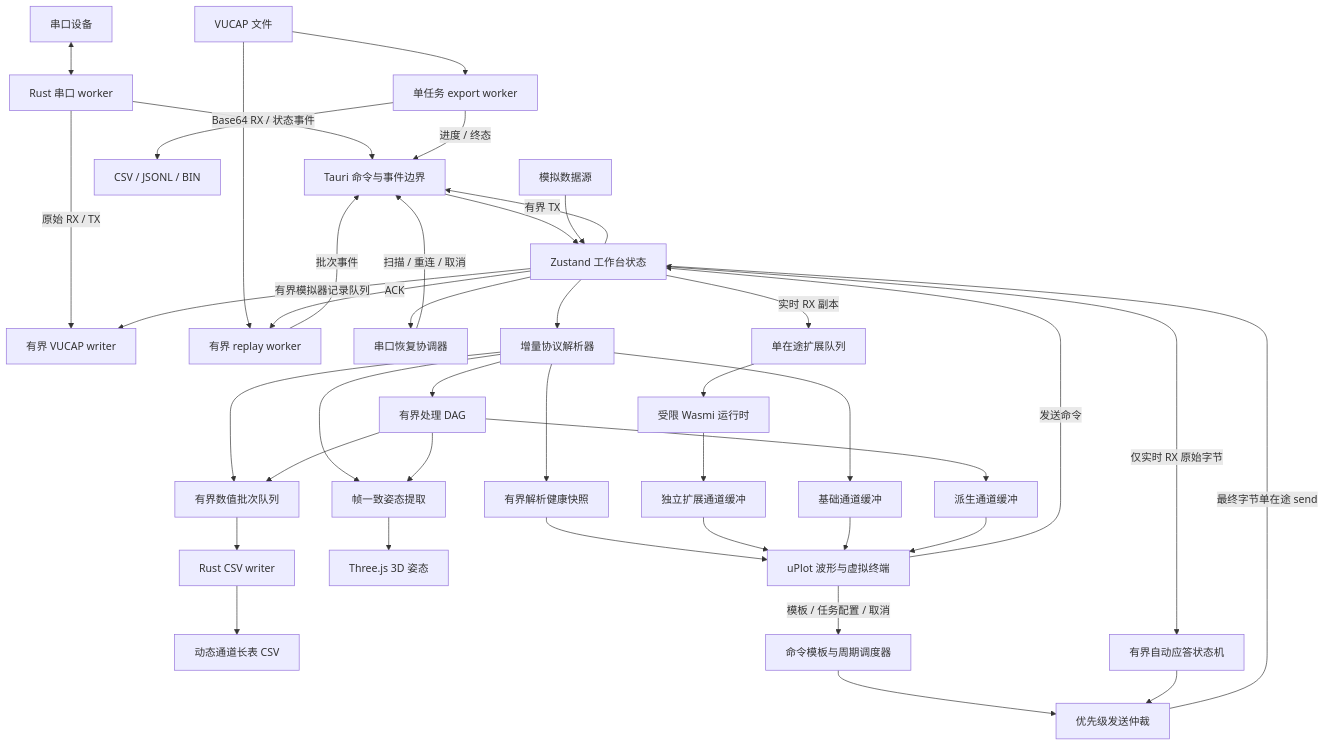
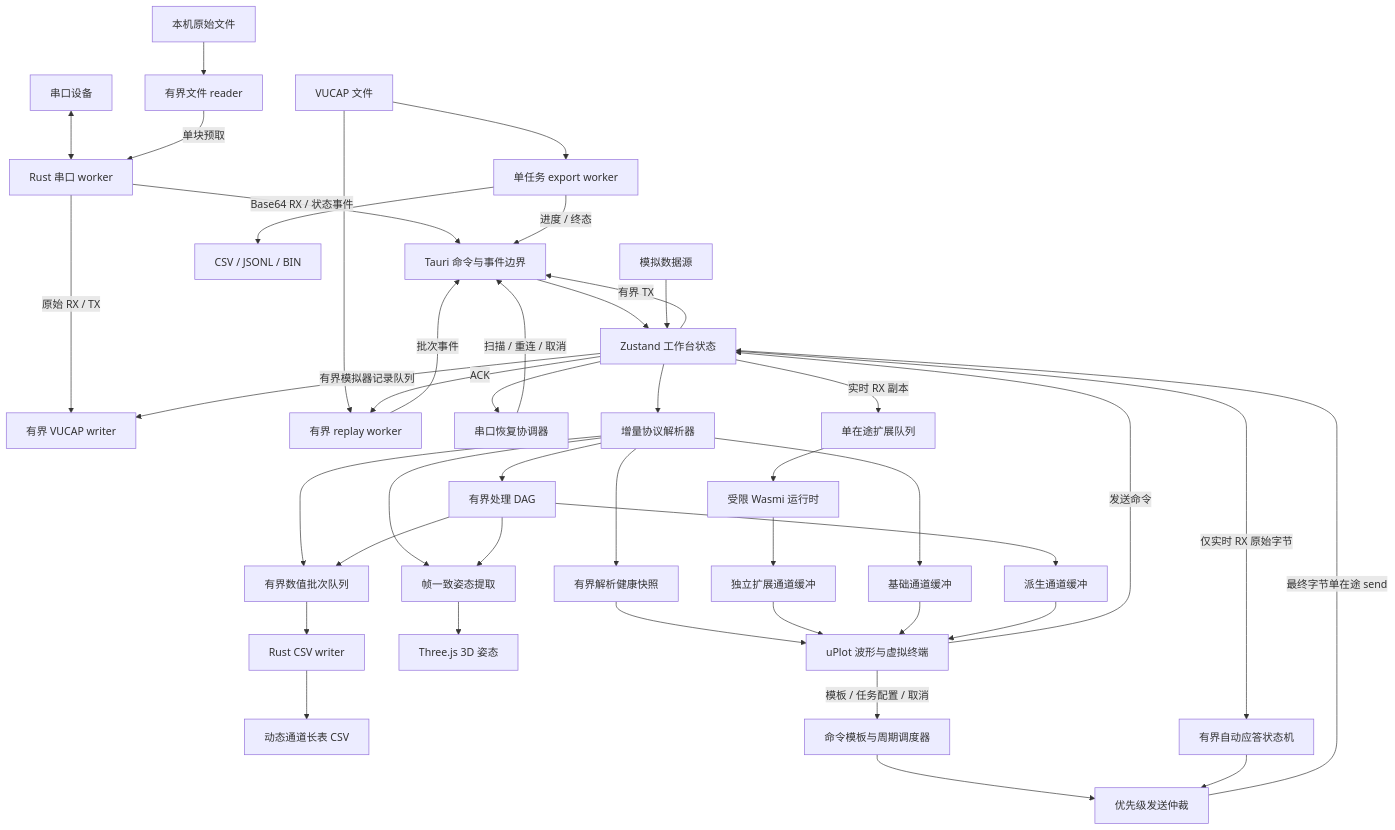
The first of 2 diagrams in docs/architecture.md (woai66/Vofa-Ultra), drawn with Mermaid before and after one commit. The commit also changed other lines of this file and 17 other files, not shown here.

````diff
--- a/docs/architecture.md
+++ b/docs/architecture.md
@@ -9,43 +10,45 @@
 ```mermaid
 flowchart TB
     Device[串口设备] <--> Worker[Rust 串口 worker]
+    FileSource[本机原始文件] --> FileReader[有界文件 reader]
+    FileReader -->|单块预取| Worker
     Worker -->|Base64 RX / 状态事件| Bridge[Tauri 命令与事件边界]
     Worker -->|原始 RX / TX| Recorder[有界 VUCAP writer]
     CaptureFile[VUCAP 文件] --> Replayer[有界 replay worker]
     CaptureFile --> Exporter[单任务 export worker]
     Exporter --> ExportFile[CSV / JSONL / BIN]
     Exporter -->|进度 / 终态| Bridge
     Replayer -->|批次事件| Bridge
     Store -->|ACK| Replayer
     Bridge --> Store[Zustand 工作台状态]
     Store --> Recovery[串口恢复协调器]
     Recovery -->|扫描 / 重连 / 取消| Bridge
     Store --> Parsers[增量协议解析器]
     Parsers --> Health[有界解析健康快照]
     Health --> Views
     Parsers --> RawBuffers[基础通道缓冲]
     Parsers --> Processing[有界处理 DAG]
     Processing --> DerivedBuffers[派生通道缓冲]
     Store -->|实时 RX 副本| ExtensionQueue[单在途扩展队列]
     ExtensionQueue --> Wasmi[受限 Wasmi 运行时]
     Wasmi --> ExtensionBuffers[独立扩展通道缓冲]
     ExtensionBuffers --> Views
     Parsers --> Attitude[帧一致姿态提取]
     Processing --> Attitude
     Attitude --> AttitudeView[Three.js 3D 姿态]
     Parsers --> NumericQueue[有界数值批次队列]
     Processing --> NumericQueue
     NumericQueue --> NumericWriter[Rust CSV writer]
     NumericWriter --> NumericFile[动态通道长表 CSV]
     RawBuffers --> Views[uPlot 波形与虚拟终端]
     DerivedBuffers --> Views
     Views -->|模板 / 任务配置 / 取消| Commands[命令模板与周期调度器]
     Store -->|仅实时 RX 原始字节| AutoResponder[有界自动应答状态机]
     Commands --> Arbiter[优先级发送仲裁]
     AutoResponder --> Arbiter
     Arbiter -->|最终字节单在途 send| Store
     Simulator[模拟数据源] --> Store
     Store -->|有界模拟器记录队列| Recorder
     Views -->|发送命令| Store
     Store -->|有界 TX| Bridge
 ```
````
